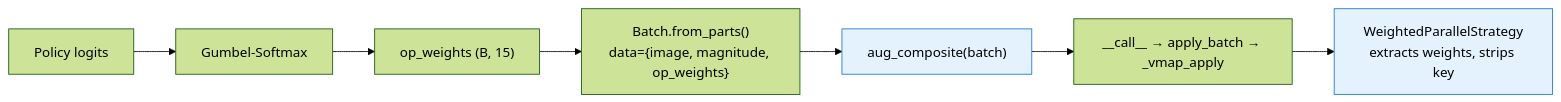
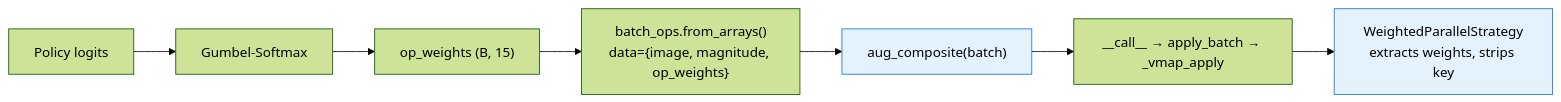
One commit to avitai/datarax changed the second of 2 diagrams in docs/examples/advanced/differentiable/dada-learned-augmentation.md. Above: the diagram before and after it, drawn with Mermaid (forest theme). The commit also changed other lines of this file and 108 other files, not shown here.

````diff
--- a/docs/examples/advanced/differentiable/dada-learned-augmentation.md
+++ b/docs/examples/advanced/differentiable/dada-learned-augmentation.md
@@ -114,12 +114,12 @@
 ```mermaid
 flowchart LR
     A["Policy logits"] --> B["Gumbel-Softmax"]
     B --> C["op_weights (B, 15)"]
-    C --> D["Batch.from_parts()\ndata={image, magnitude, op_weights}"]
+    C --> D["batch_ops.from_arrays()\ndata={image, magnitude, op_weights}"]
     D --> E["aug_composite(batch)"]
     E --> F["__call__ → apply_batch → _vmap_apply"]
     F --> G["WeightedParallelStrategy\nextracts weights, strips key"]
 
     style E fill:#e3f2fd,stroke:#1976d2
     style G fill:#e3f2fd,stroke:#1976d2
 ```
````
